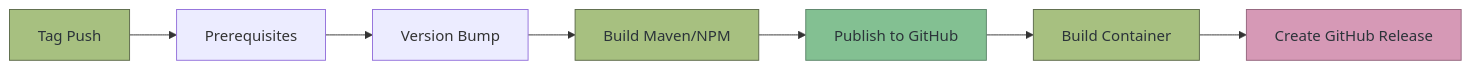
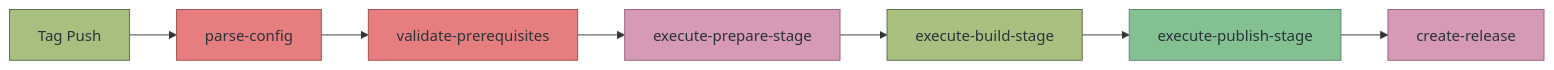
Before and after one commit to diggsweden/reusable-ci: the sixth of 7 diagrams in docs/workflows.md, drawn with Mermaid. The commit also changed other lines of this file and 237 other files, not shown here.

````diff
--- a/docs/workflows.md
+++ b/docs/workflows.md
@@ -126,15 +273,17 @@
 ```mermaid
 graph LR
-    A[Tag Push] --> B[Prerequisites]
-    B --> C[Version Bump]
-    C --> D[Build Maven/NPM]
-    D --> E[Publish to GitHub]
-    E --> F[Build Container]
-    F --> G[Create GitHub Release]
+    A[Tag Push] --> B[parse-config]
+    B --> C[validate-prerequisites]
+    C --> D[execute-prepare-stage]
+    D --> E[execute-build-stage]
+    E --> F[execute-publish-stage]
+    F --> G[create-release]
 
     style A fill:#a7c080,stroke:#5c6a4a,color:#2b3339
-    style D fill:#a7c080,stroke:#5c6a4a,color:#2b3339
-    style E fill:#83c092,stroke:#5c856a,color:#2b3339
-    style F fill:#a7c080,stroke:#5c6a4a,color:#2b3339
+    style B fill:#e67e80,stroke:#9d4f50,color:#2b3339
+    style C fill:#e67e80,stroke:#9d4f50,color:#2b3339
+    style D fill:#d699b6,stroke:#93647c,color:#2b3339
+    style E fill:#a7c080,stroke:#5c6a4a,color:#2b3339
+    style F fill:#83c092,stroke:#5c856a,color:#2b3339
     style G fill:#d699b6,stroke:#93647c,color:#2b3339
 ```
````
